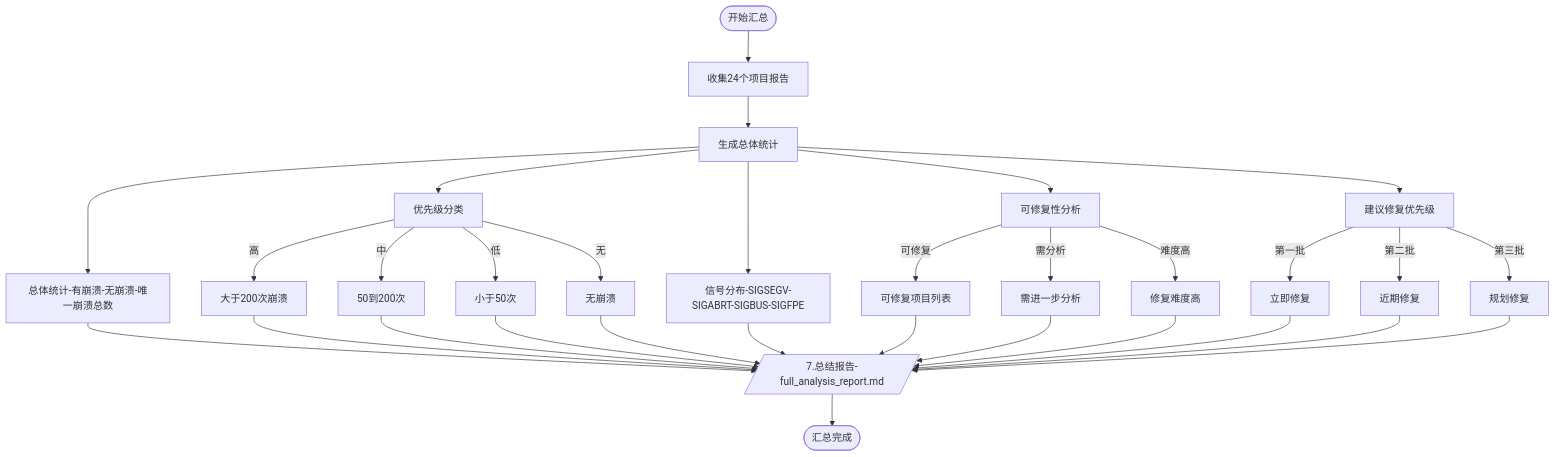
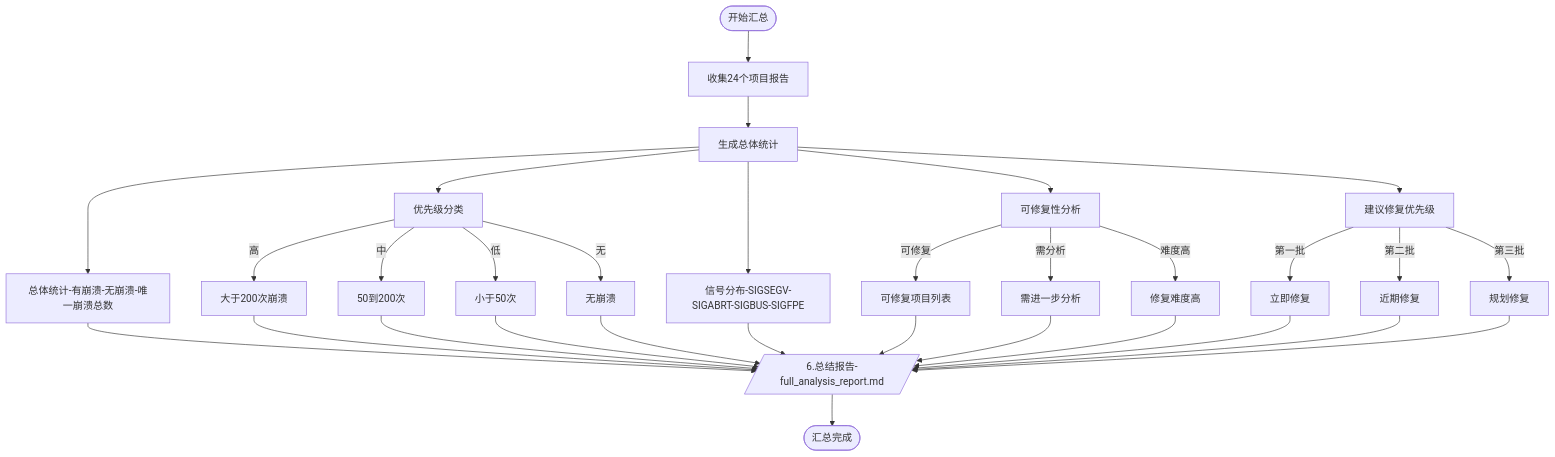
One commit to wubw0508/coredump-analysis-skills changed the fifth of 6 diagrams in FLOW.md. Above: the diagram before and after it, drawn with Mermaid. The commit also changed other lines of this file and 56 other files, not shown here.

````diff
--- a/FLOW.md
+++ b/FLOW.md
@@ -105,33 +105,33 @@
 ```mermaid
 graph TD
 A([开始汇总]) --> B[收集24个项目报告]
 B --> C[生成总体统计]
 C --> D[总体统计-有崩溃-无崩溃-唯一崩溃总数]
 C --> E[优先级分类]
 E -->|高| E1[大于200次崩溃]
 E -->|中| E2[50到200次]
 E -->|低| E3[小于50次]
 E -->|无| E4[无崩溃]
 C --> F[信号分布-SIGSEGV-SIGABRT-SIGBUS-SIGFPE]
 C --> G[可修复性分析]
 G -->|可修复| G1[可修复项目列表]
 G -->|需分析| G2[需进一步分析]
 G -->|难度高| G3[修复难度高]
 C --> H[建议修复优先级]
 H -->|第一批| H1[立即修复]
 H -->|第二批| H2[近期修复]
 H -->|第三批| H3[规划修复]
-D --> OUT[/7.总结报告-full_analysis_report.md/]
+D --> OUT[/6.总结报告-full_analysis_report.md/]
 E1 --> OUT
 E2 --> OUT
 E3 --> OUT
 E4 --> OUT
 F --> OUT
 G1 --> OUT
 G2 --> OUT
 G3 --> OUT
 H1 --> OUT
 H2 --> OUT
 H3 --> OUT
 OUT --> Z([汇总完成])
 ```
````
